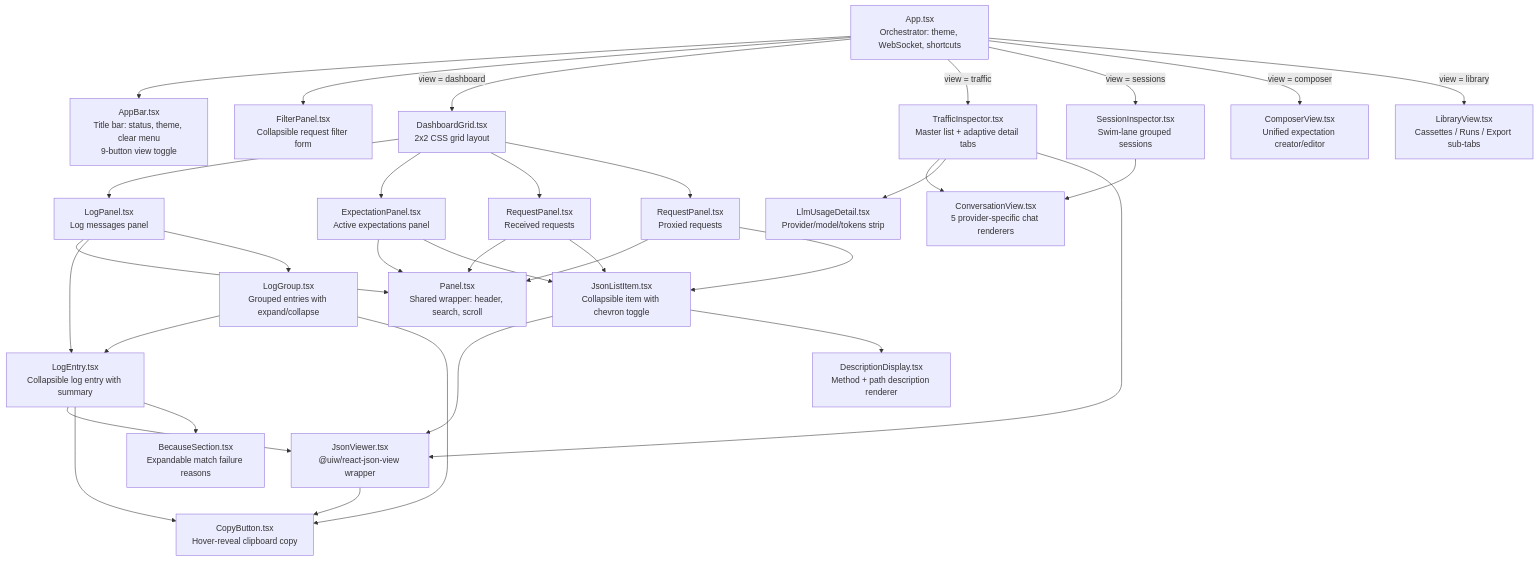
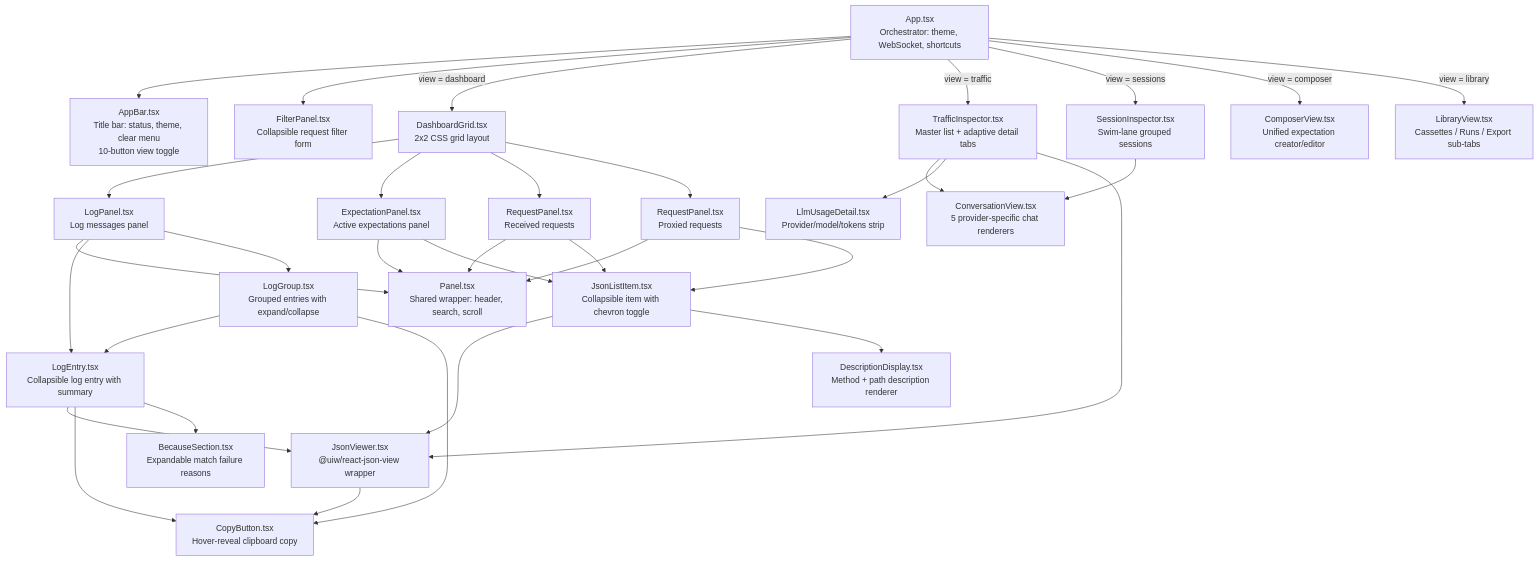
One commit to weotr/mockserver-monorepo changed the sixth of 7 diagrams in docs/code/dashboard-ui.md. Above: the diagram before and after it, drawn with Mermaid. The commit also changed other lines of this file and 2 other files, not shown here.

First line of the commit message:
docs(internal): sync dashboard-ui doc with the ten-view UI

````diff
--- a/docs/code/dashboard-ui.md
+++ b/docs/code/dashboard-ui.md
@@ -422,81 +446,81 @@
 ```mermaid
 graph TB
     APP["App.tsx
 Orchestrator: theme, WebSocket, shortcuts"]
     AB["AppBar.tsx
 Title bar: status, theme, clear menu
-9-button view toggle"]
+10-button view toggle"]
     FP["FilterPanel.tsx
 Collapsible request filter form"]
     DG["DashboardGrid.tsx
 2x2 CSS grid layout"]
     TI["TrafficInspector.tsx
 Master list + adaptive detail tabs"]
     SI["SessionInspector.tsx
 Swim-lane grouped sessions"]
     CV["ComposerView.tsx
 Unified expectation creator/editor"]
     LV["LibraryView.tsx
 Cassettes / Runs / Export sub-tabs"]
     CVW["ConversationView.tsx
 5 provider-specific chat renderers"]
     LUD["LlmUsageDetail.tsx
 Provider/model/tokens strip"]
     LP["LogPanel.tsx
 Log messages panel"]
     EP["ExpectationPanel.tsx
 Active expectations panel"]
     RP1["RequestPanel.tsx
 Received requests"]
     RP2["RequestPanel.tsx
 Proxied requests"]
     P["Panel.tsx
 Shared wrapper: header, search, scroll"]
     LE["LogEntry.tsx
 Collapsible log entry with summary"]
     LG["LogGroup.tsx
 Grouped entries with expand/collapse"]
     JLI["JsonListItem.tsx
 Collapsible item with chevron toggle"]
     JV["JsonViewer.tsx
 @uiw/react-json-view wrapper"]
     CB["CopyButton.tsx
 Hover-reveal clipboard copy"]
     DD["DescriptionDisplay.tsx
 Method + path description renderer"]
     BS["BecauseSection.tsx
 Expandable match failure reasons"]
 
     APP --> AB
     APP --> FP
     APP -->|view = dashboard| DG
     APP -->|view = traffic| TI
     APP -->|view = sessions| SI
     APP -->|view = composer| CV
     APP -->|view = library| LV
     TI --> CVW
     TI --> LUD
     TI --> JV
     SI --> CVW
     DG --> LP
     DG --> EP
     DG --> RP1
     DG --> RP2
     LP --> P
     EP --> P
     RP1 --> P
     RP2 --> P
     LP --> LE
     LP --> LG
     LG --> LE
     EP --> JLI
     RP1 --> JLI
     RP2 --> JLI
     JLI --> JV
     JLI --> DD
     LE --> JV
     LE --> CB
     LE --> BS
     LG --> CB
     JV --> CB
 ```
````
